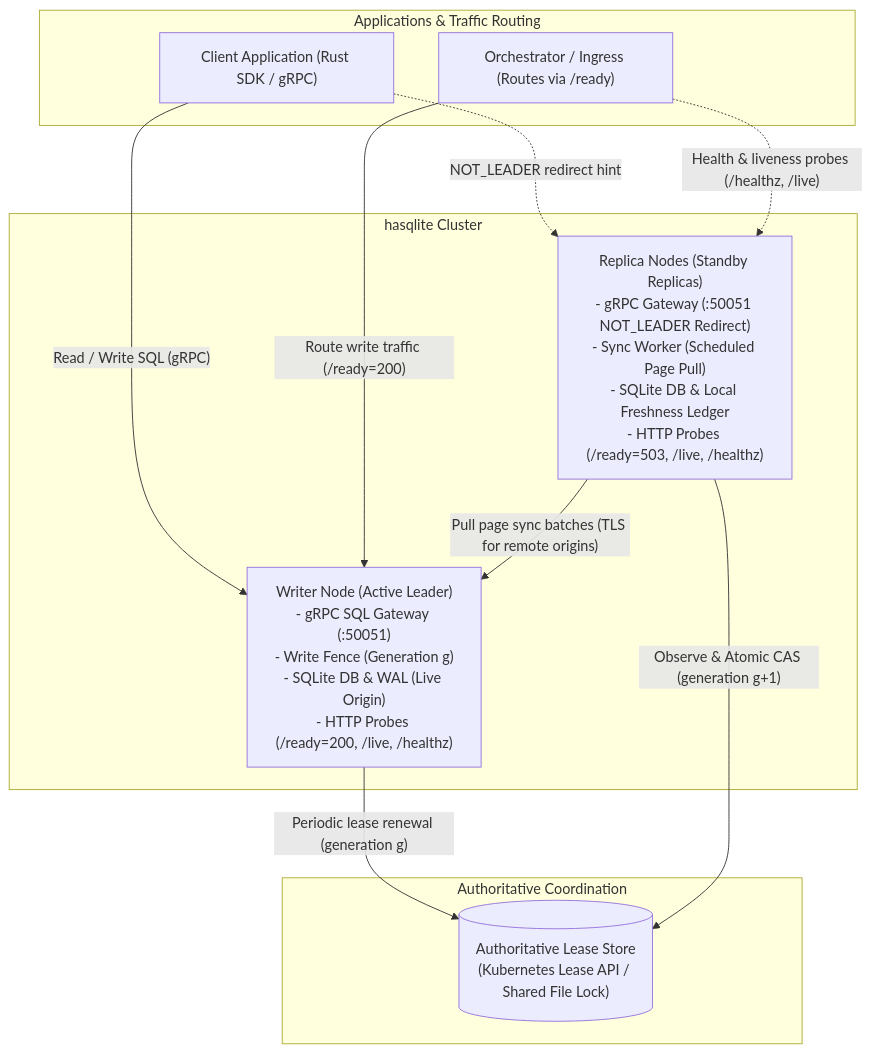
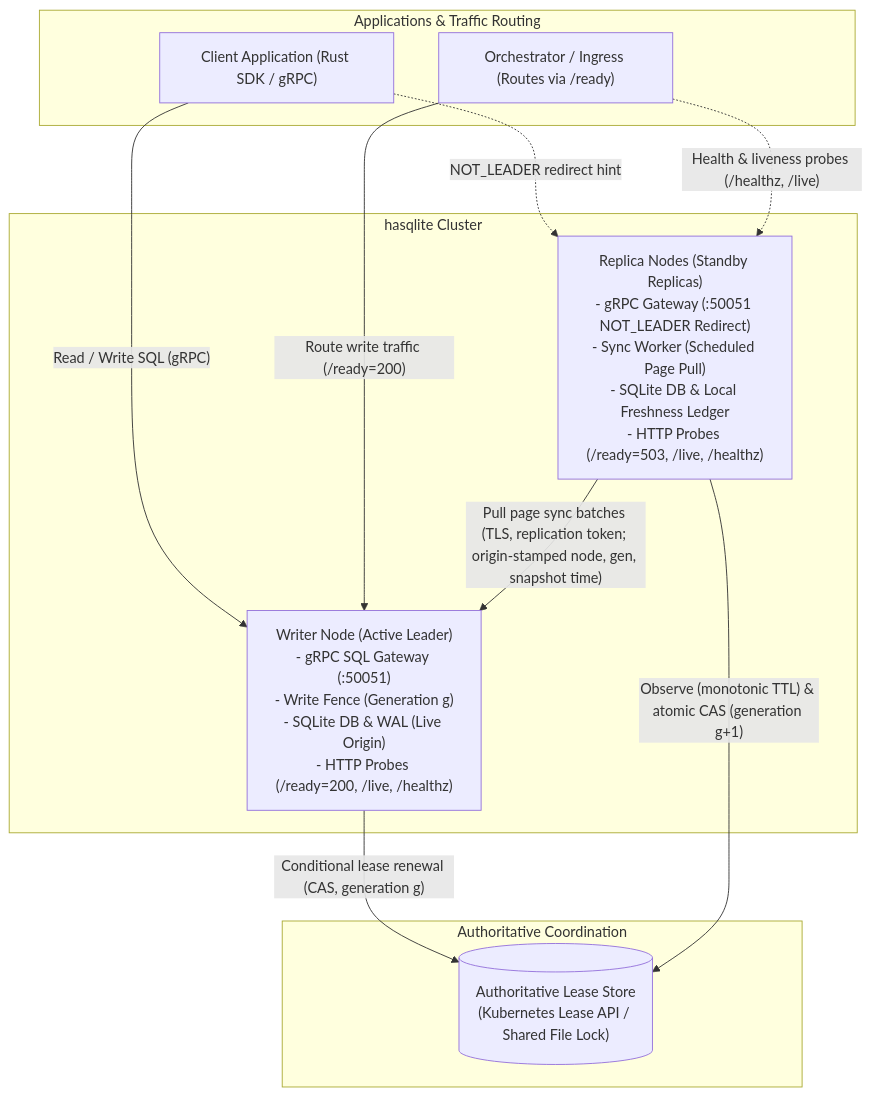
One commit to sria91/hasqlite changed the first of 4 diagrams in docs/PLAN.md. Above: the diagram before and after it, drawn with Mermaid. The commit also changed other lines of this file and 10 other files, not shown here.

````diff
--- a/docs/PLAN.md
+++ b/docs/PLAN.md
@@ -90,27 +93,27 @@
 ```mermaid
 flowchart TB
   subgraph apps ["Applications & Traffic Routing"]
     APP["Client Application (Rust SDK / gRPC)"]
     ROUTER["Orchestrator / Ingress (Routes via /ready)"]
   end
 
   subgraph cluster ["hasqlite Cluster"]
     WRITER["Writer Node (Active Leader)\n- gRPC SQL Gateway (:50051)\n- Write Fence (Generation g)\n- SQLite DB & WAL (Live Origin)\n- HTTP Probes (/ready=200, /live, /healthz)"]
 
     REPLICAS["Replica Nodes (Standby Replicas)\n- gRPC Gateway (:50051 NOT_LEADER Redirect)\n- Sync Worker (Scheduled Page Pull)\n- SQLite DB & Local Freshness Ledger\n- HTTP Probes (/ready=503, /live, /healthz)"]
   end
 
   subgraph coord ["Authoritative Coordination"]
     LEASE[("Authoritative Lease Store\n(Kubernetes Lease API / Shared File Lock)")]
   end
 
   APP -->|"Read / Write SQL (gRPC)"| WRITER
   APP -.->|"NOT_LEADER redirect hint"| REPLICAS
   ROUTER -->|"Route write traffic (/ready=200)"| WRITER
   ROUTER -.->|"Health & liveness probes (/healthz, /live)"| REPLICAS
 
-  WRITER -->|"Periodic lease renewal (generation g)"| LEASE
-  REPLICAS -->|"Observe & Atomic CAS (generation g+1)"| LEASE
+  WRITER -->|"Conditional lease renewal (CAS, generation g)"| LEASE
+  REPLICAS -->|"Observe (monotonic TTL) & atomic CAS (generation g+1)"| LEASE
 
-  REPLICAS -->|"Pull page sync batches (TLS for remote origins)"| WRITER
+  REPLICAS -->|"Pull page sync batches (TLS, replication token; origin-stamped node, gen, snapshot time)"| WRITER
 ```
````
